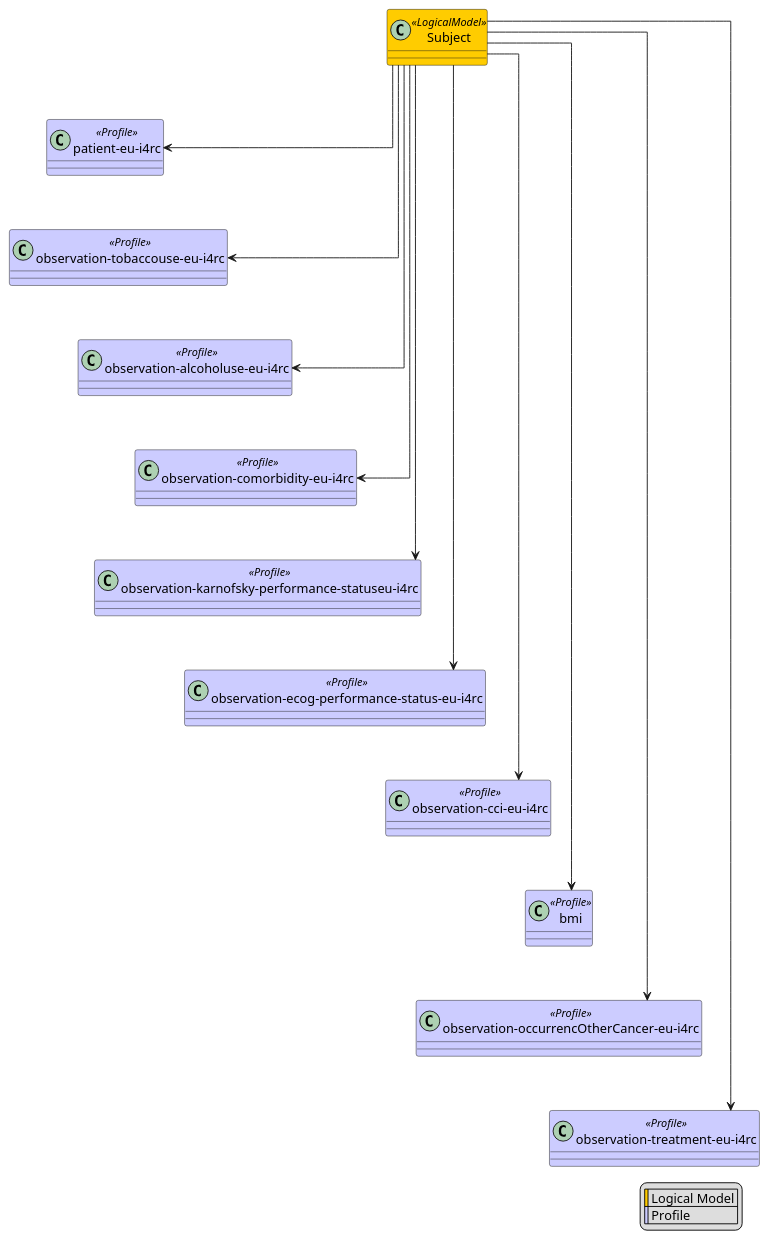
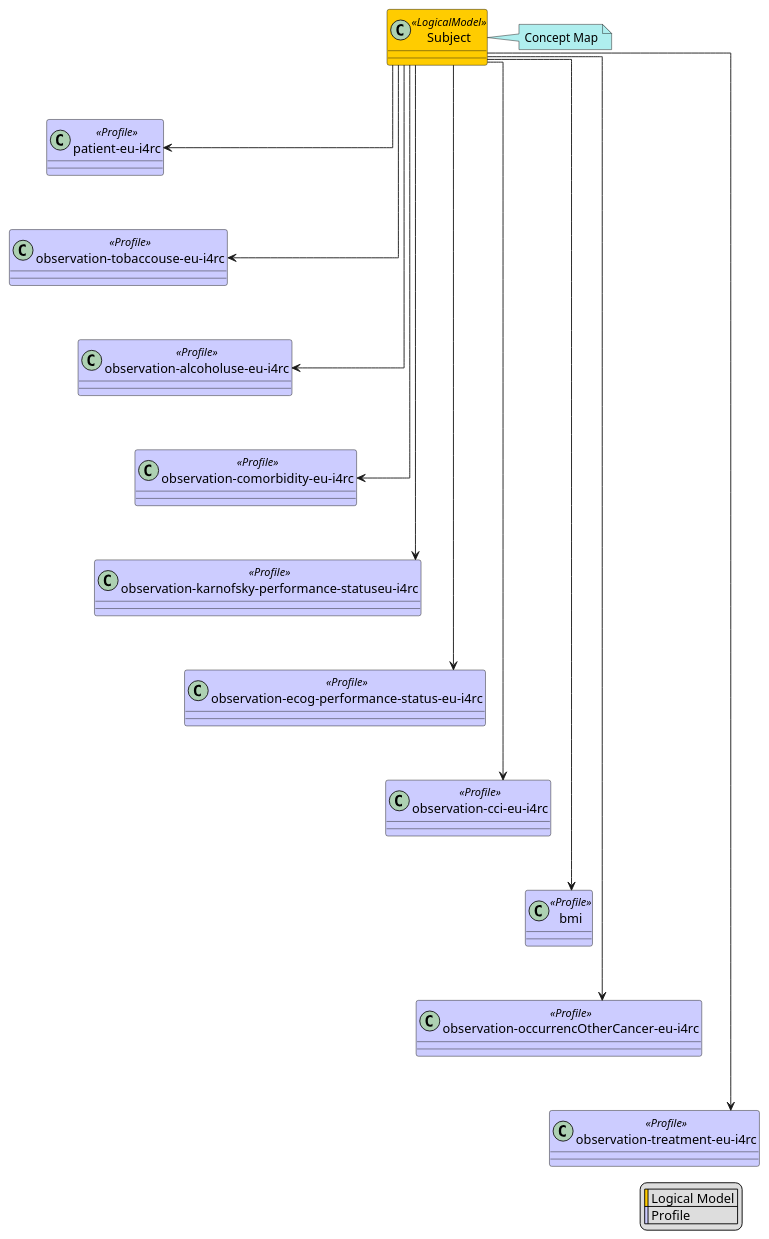
One commit to hl7-eu/idea4rc changed the diagram in input/images-source/map/Subject-map.plantuml. Above: the diagram before and after it, drawn with PlantUML. The commit also changed 32 other files, not shown here.

```diff
--- a/input/images-source/map/Subject-map.plantuml
+++ b/input/images-source/map/Subject-map.plantuml
@@ -1,41 +1,44 @@
 @startuml
 skinparam class {
     BackgroundColor<<LogicalModel>> #FFCC00
     BackgroundColor<<Profile>> #CCCCFF
 }
 skinparam linetype ortho
 legend right
   | <#FFCC00> | Logical Model |
   | <#CCCCFF> | Profile |
 endlegend
 class "Subject" <<LogicalModel>> [[StructureDefinition-Subject.html]]
+note right #PaleTurquoise [[ConceptMap-subject2FHIR.html]]
+Concept Map
+endnote
 class "patient-eu-i4rc" <<Profile>> [[StructureDefinition-patient-eu-i4rc.html]]
 "Subject" --> "patient-eu-i4rc"
 class "observation-tobaccouse-eu-i4rc" <<Profile>> [[StructureDefinition-observation-tobaccouse-eu-i4rc.html]]
 "Subject" --> "observation-tobaccouse-eu-i4rc"
 "patient-eu-i4rc" -[hidden]-> "observation-tobaccouse-eu-i4rc"
 class "observation-alcoholuse-eu-i4rc" <<Profile>> [[StructureDefinition-observation-alcoholuse-eu-i4rc.html]]
 "Subject" --> "observation-alcoholuse-eu-i4rc"
 "observation-tobaccouse-eu-i4rc" -[hidden]-> "observation-alcoholuse-eu-i4rc"
 class "observation-comorbidity-eu-i4rc" <<Profile>> [[StructureDefinition-observation-comorbidity-eu-i4rc.html]]
 "Subject" --> "observation-comorbidity-eu-i4rc"
 "observation-alcoholuse-eu-i4rc" -[hidden]-> "observation-comorbidity-eu-i4rc"
 class "observation-karnofsky-performance-statuseu-i4rc" <<Profile>> [[StructureDefinition-observation-karnofsky-performance-statuseu-i4rc.html]]
 "Subject" --> "observation-karnofsky-performance-statuseu-i4rc"
 "observation-comorbidity-eu-i4rc" -[hidden]-> "observation-karnofsky-performance-statuseu-i4rc"
 class "observation-ecog-performance-status-eu-i4rc" <<Profile>> [[StructureDefinition-observation-ecog-performance-status-eu-i4rc.html]]
 "Subject" --> "observation-ecog-performance-status-eu-i4rc"
 "observation-karnofsky-performance-statuseu-i4rc" -[hidden]-> "observation-ecog-performance-status-eu-i4rc"
 class "observation-cci-eu-i4rc" <<Profile>> [[StructureDefinition-observation-cci-eu-i4rc.html]]
 "Subject" --> "observation-cci-eu-i4rc"
 "observation-ecog-performance-status-eu-i4rc" -[hidden]-> "observation-cci-eu-i4rc"
-class "bmi" <<Profile>> [[StructureDefinition-bmi.html]]
+class "bmi" <<Profile>> [[http://hl7.org/fhir/StructureDefinition/bmi]]
 "Subject" --> "bmi"
 "observation-cci-eu-i4rc" -[hidden]-> "bmi"
 class "observation-occurrencOtherCancer-eu-i4rc" <<Profile>> [[StructureDefinition-observation-occurrencOtherCancer-eu-i4rc.html]]
 "Subject" --> "observation-occurrencOtherCancer-eu-i4rc"
 "bmi" -[hidden]-> "observation-occurrencOtherCancer-eu-i4rc"
 class "observation-treatment-eu-i4rc" <<Profile>> [[StructureDefinition-observation-treatment-eu-i4rc.html]]
 "Subject" --> "observation-treatment-eu-i4rc"
 "observation-occurrencOtherCancer-eu-i4rc" -[hidden]-> "observation-treatment-eu-i4rc"
 @enduml
```
